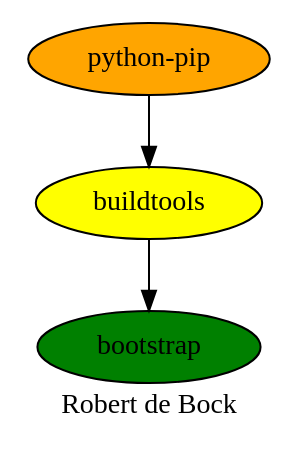
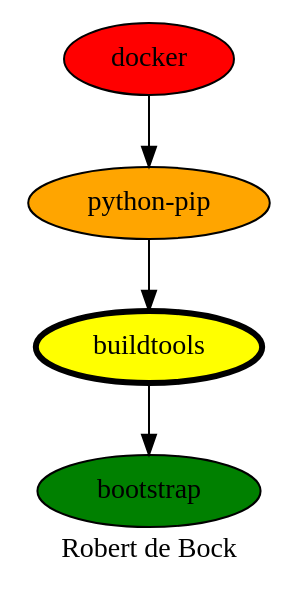
Before and after one commit to robertdebock/robertdebock.github.io: the diagram in buildtools.dot, drawn with Graphviz.

Commit message:
Adding docker and line thinkness

```diff
--- a/buildtools.dot
+++ b/buildtools.dot
@@ -1,11 +1,13 @@
 digraph PhiloDilemma {
   label = "Robert de Bock" ;
   overlap=false
   {
     bootstrap [fillcolor=green style=filled]
-    buildtools [fillcolor=yellow style=filled]
+    buildtools [fillcolor=yellow style=filled penwidth=3]
     "python-pip" [fillcolor=orange style=filled]
+    docker [fillcolor=red style=filled]
   }
   buildtools -> bootstrap
   "python-pip" -> buildtools
+  docker -> "python-pip"
 }
```
